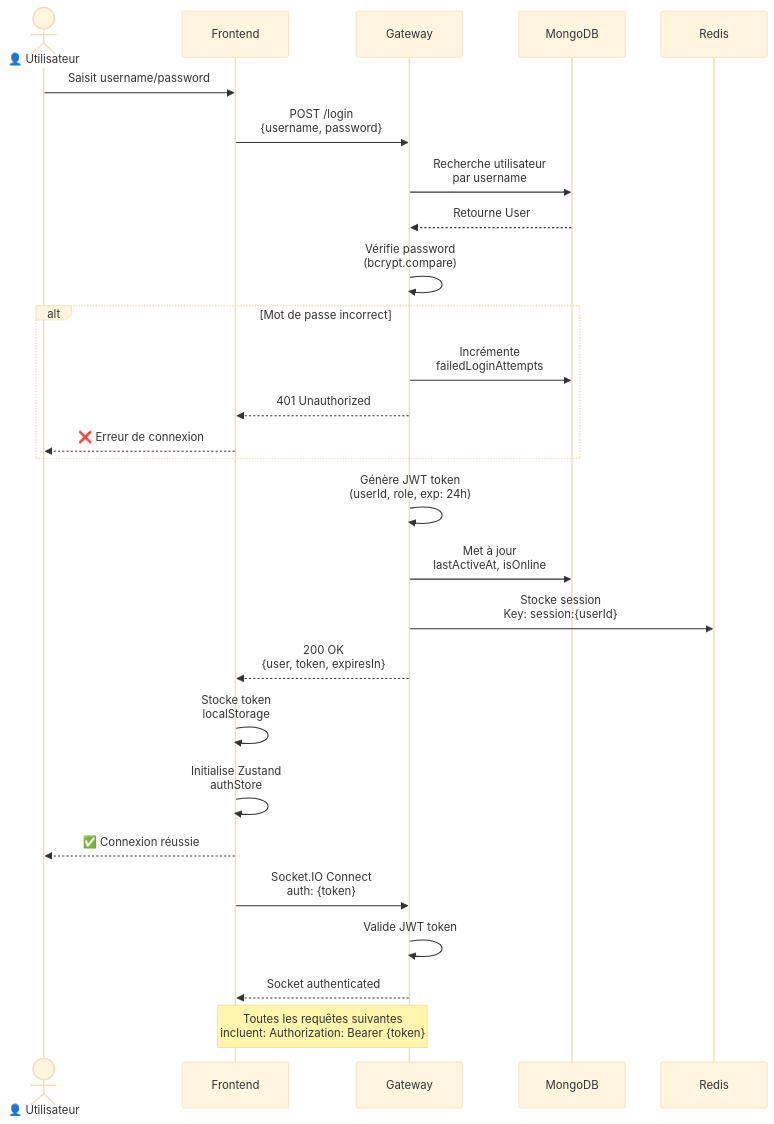
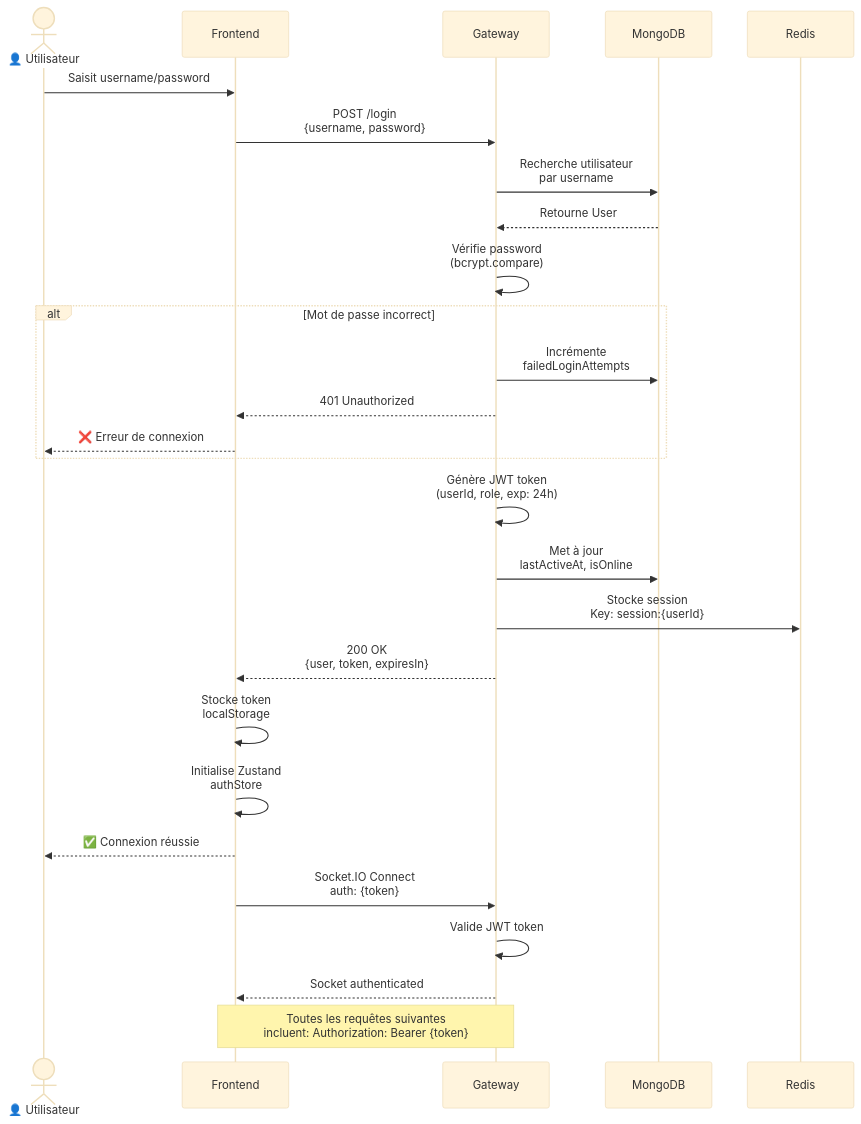
One commit to isopen-io/meeshy changed the fourth of 17 diagrams in apps/docs/architecture-diagrams.md. Above: the diagram before and after it, drawn with Mermaid (base theme). The commit also changed other lines of this file and 2 other files, not shown here.

First line of the commit message:
feat(web): show user profile in DM settings drawer + fix mermaid syntax

````diff
--- a/apps/docs/architecture-diagrams.md
+++ b/apps/docs/architecture-diagrams.md
@@ -332,42 +332,42 @@
 ```mermaid
 sequenceDiagram
     actor User as 👤 Utilisateur
     participant FE as Frontend
     participant GW as Gateway
     participant DB as MongoDB
     participant Cache as Redis
 
     User->>FE: Saisit username/password
-    FE->>GW: POST /login<br/>{username, password}
+    FE->>GW: POST /login<br/>#123;username, password#125;
 
     GW->>DB: Recherche utilisateur<br/>par username
     DB-->>GW: Retourne User
 
     GW->>GW: Vérifie password<br/>(bcrypt.compare)
 
     alt Mot de passe incorrect
         GW->>DB: Incrémente<br/>failedLoginAttempts
         GW-->>FE: 401 Unauthorized
         FE-->>User: ❌ Erreur de connexion
     end
 
     GW->>GW: Génère JWT token<br/>(userId, role, exp: 24h)
 
     GW->>DB: Met à jour<br/>lastActiveAt, isOnline
 
-    GW->>Cache: Stocke session<br/>Key: session:{userId}
+    GW->>Cache: Stocke session<br/>Key: session:#123;userId#125;
 
-    GW-->>FE: 200 OK<br/>{user, token, expiresIn}
+    GW-->>FE: 200 OK<br/>#123;user, token, expiresIn#125;
 
     FE->>FE: Stocke token<br/>localStorage
 
     FE->>FE: Initialise Zustand<br/>authStore
 
     FE-->>User: ✅ Connexion réussie
 
-    FE->>GW: Socket.IO Connect<br/>auth: {token}
+    FE->>GW: Socket.IO Connect<br/>auth: #123;token#125;
     GW->>GW: Valide JWT token
     GW-->>FE: Socket authenticated
 
-    Note over FE,GW: Toutes les requêtes suivantes<br/>incluent: Authorization: Bearer {token}
+    Note over FE,GW: Toutes les requêtes suivantes<br/>incluent: Authorization: Bearer #123;token#125;
 ```
````
